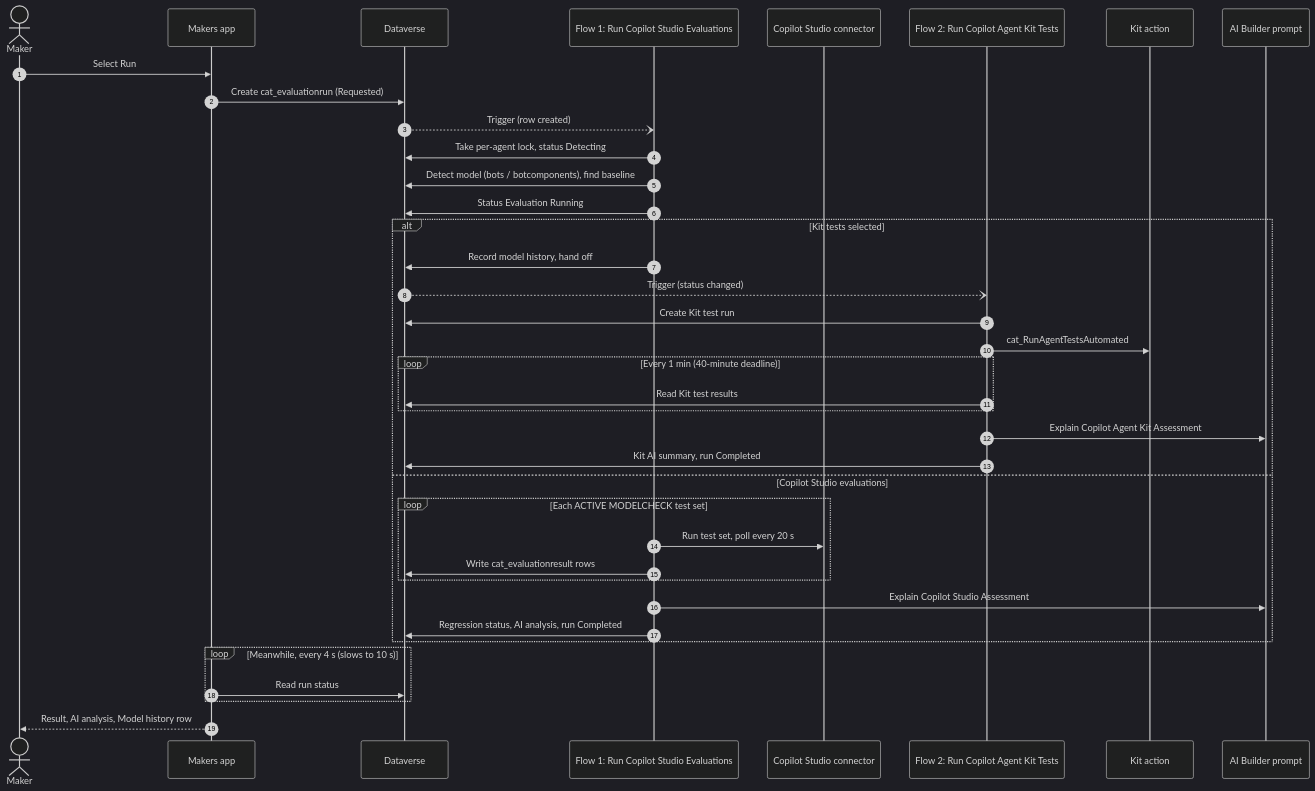
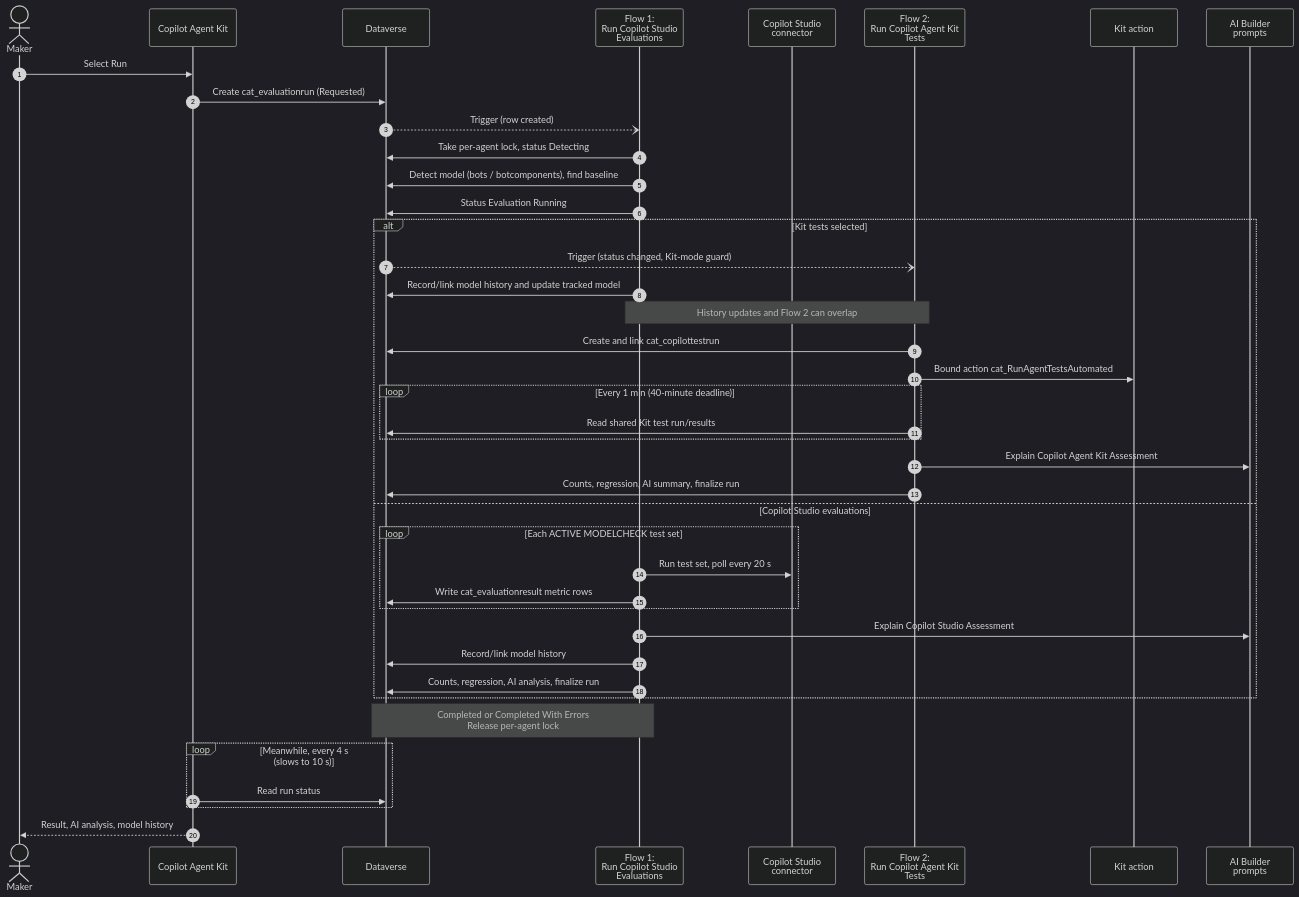
One commit to microsoft/Power-CAT-Copilot-Studio-Kit changed the first of 7 diagrams in MODEL_ASSESSMENT.md. Above: the diagram before and after it, drawn with Mermaid (dark theme). The commit also changed other lines of this file and 1 other file, not shown here.

Commit message:
docs: add Model Assessment architecture and correct assessment flow
Add the supplied architecture overview with implementation clarifications and align the concise sequence with Dataverse-triggered Kit orchestration.

Copilot-Session: c5382ec5-2f7c-4cbe-bba2-e403da1c25f6

````diff
--- a/MODEL_ASSESSMENT.md
+++ b/MODEL_ASSESSMENT.md
@@ -244,41 +259,44 @@
 ```mermaid
 sequenceDiagram
     autonumber
     actor Maker
-    participant App as Makers app
+    participant App as Copilot Agent Kit
     participant DV as Dataverse
-    participant F1 as Flow 1: Run Copilot Studio Evaluations
-    participant MCS as Copilot Studio connector
-    participant F2 as Flow 2: Run Copilot Agent Kit Tests
+    participant F1 as Flow 1:<br/>Run Copilot Studio<br/>Evaluations
+    participant MCS as Copilot Studio<br/>connector
+    participant F2 as Flow 2:<br/>Run Copilot Agent Kit<br/>Tests
     participant Kit as Kit action
-    participant AI as AI Builder prompt
+    participant AI as AI Builder<br/>prompts
 
     Maker->>App: Select Run
     App->>DV: Create cat_evaluationrun (Requested)
     DV--)F1: Trigger (row created)
     F1->>DV: Take per-agent lock, status Detecting
     F1->>DV: Detect model (bots / botcomponents), find baseline
     F1->>DV: Status Evaluation Running
     alt Kit tests selected
-        F1->>DV: Record model history, hand off
-        DV--)F2: Trigger (status changed)
-        F2->>DV: Create Kit test run
-        F2->>Kit: cat_RunAgentTestsAutomated
+        DV--)F2: Trigger (status changed, Kit-mode guard)
+        F1->>DV: Record/link model history and update tracked model
+        Note over F1,F2: History updates and Flow 2 can overlap
+        F2->>DV: Create and link cat_copilottestrun
+        F2->>Kit: Bound action cat_RunAgentTestsAutomated
         loop Every 1 min (40-minute deadline)
-            F2->>DV: Read Kit test results
+            F2->>DV: Read shared Kit test run/results
         end
         F2->>AI: Explain Copilot Agent Kit Assessment
-        F2->>DV: Kit AI summary, run Completed
+        F2->>DV: Counts, regression, AI summary, finalize run
     else Copilot Studio evaluations
         loop Each ACTIVE MODELCHECK test set
             F1->>MCS: Run test set, poll every 20 s
-            F1->>DV: Write cat_evaluationresult rows
+            F1->>DV: Write cat_evaluationresult metric rows
         end
         F1->>AI: Explain Copilot Studio Assessment
-        F1->>DV: Regression status, AI analysis, run Completed
+        F1->>DV: Record/link model history
+        F1->>DV: Counts, regression, AI analysis, finalize run
     end
-    loop Meanwhile, every 4 s (slows to 10 s)
+    Note over F1,DV: Completed or Completed With Errors<br/>Release per-agent lock
+    loop Meanwhile, every 4 s<br/>(slows to 10 s)
         App->>DV: Read run status
     end
-    App-->>Maker: Result, AI analysis, Model history row
+    App-->>Maker: Result, AI analysis, model history
 ```
````
